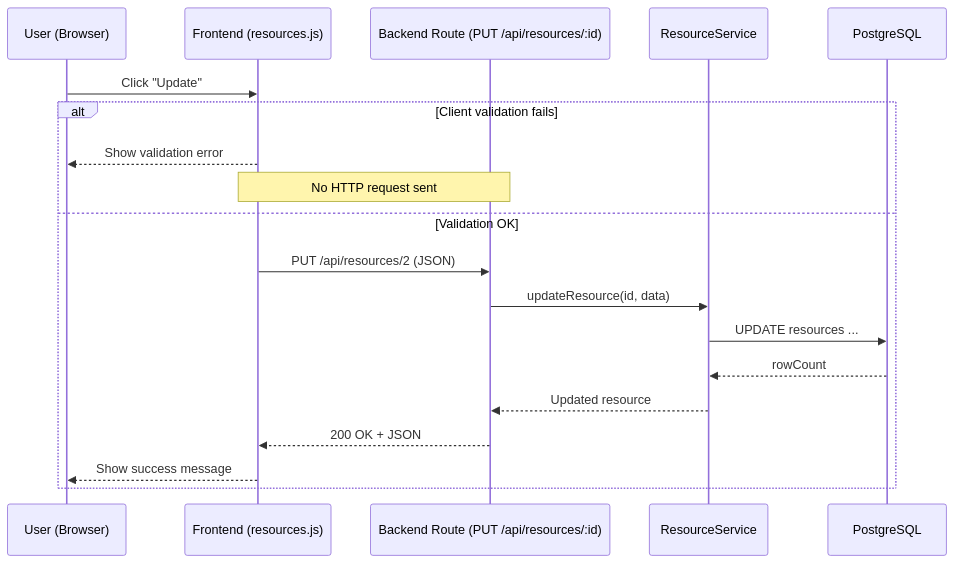
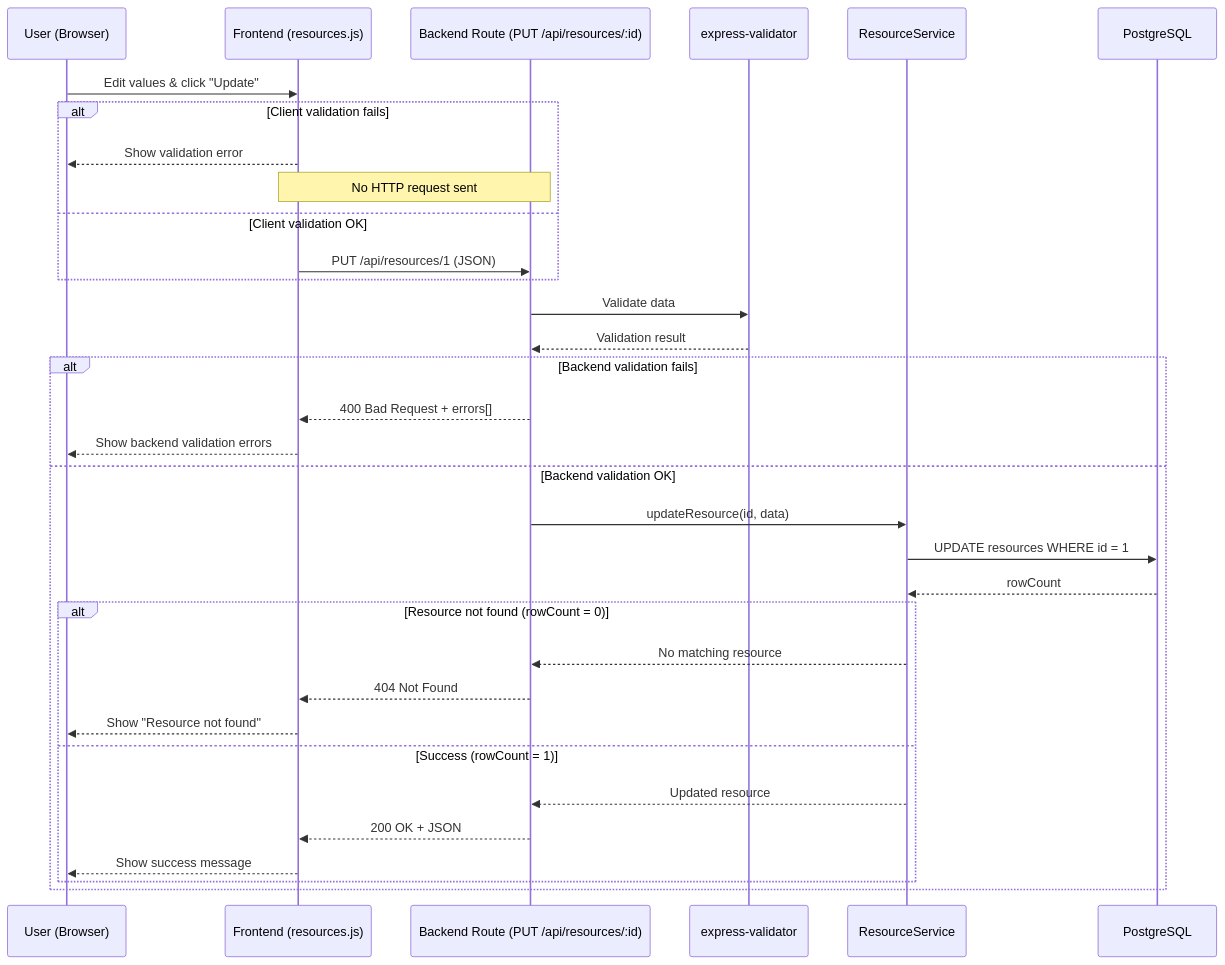
Before and after one commit to viekko/IT00AK35-3005-Web-kehitt-misen-jatkokurssi: the third of 4 diagrams in BookingSystemPhase6/BookingSystemPhase6_Report.md, drawn with Mermaid. The commit also changed other lines of this file, not shown here.

````diff
--- a/BookingSystemPhase6/BookingSystemPhase6_Report.md
+++ b/BookingSystemPhase6/BookingSystemPhase6_Report.md
@@ -68,23 +69,42 @@
 ```mermaid
 sequenceDiagram
     participant U as User (Browser)
     participant F as Frontend (resources.js)
     participant B as Backend Route (PUT /api/resources/:id)
+    participant V as express-validator
     participant S as ResourceService
     participant DB as PostgreSQL
 
-    U->>F: Click "Update"
+    U->>F: Edit values & click "Update"
 
+    %% Frontend validation
     alt Client validation fails
         F-->>U: Show validation error
         Note over F,B: No HTTP request sent
-    else Validation OK
-        F->>B: PUT /api/resources/2 (JSON)
+    else Client validation OK
+        F->>B: PUT /api/resources/1 (JSON)
+    end
+
+    %% Backend validation
+    B->>V: Validate data
+    V-->>B: Validation result
+
+    alt Backend validation fails
+        B-->>F: 400 Bad Request + errors[]
+        F-->>U: Show backend validation errors
+    else Backend validation OK
         B->>S: updateResource(id, data)
-        S->>DB: UPDATE resources ...
+        S->>DB: UPDATE resources WHERE id = 1
         DB-->>S: rowCount
-        S-->>B: Updated resource
-        B-->>F: 200 OK + JSON
-        F-->>U: Show success message
+
+        alt Resource not found (rowCount = 0)
+            S-->>B: No matching resource
+            B-->>F: 404 Not Found
+            F-->>U: Show "Resource not found"
+        else Success (rowCount = 1)
+            S-->>B: Updated resource
+            B-->>F: 200 OK + JSON
+            F-->>U: Show success message
+        end
     end
 ```
````
